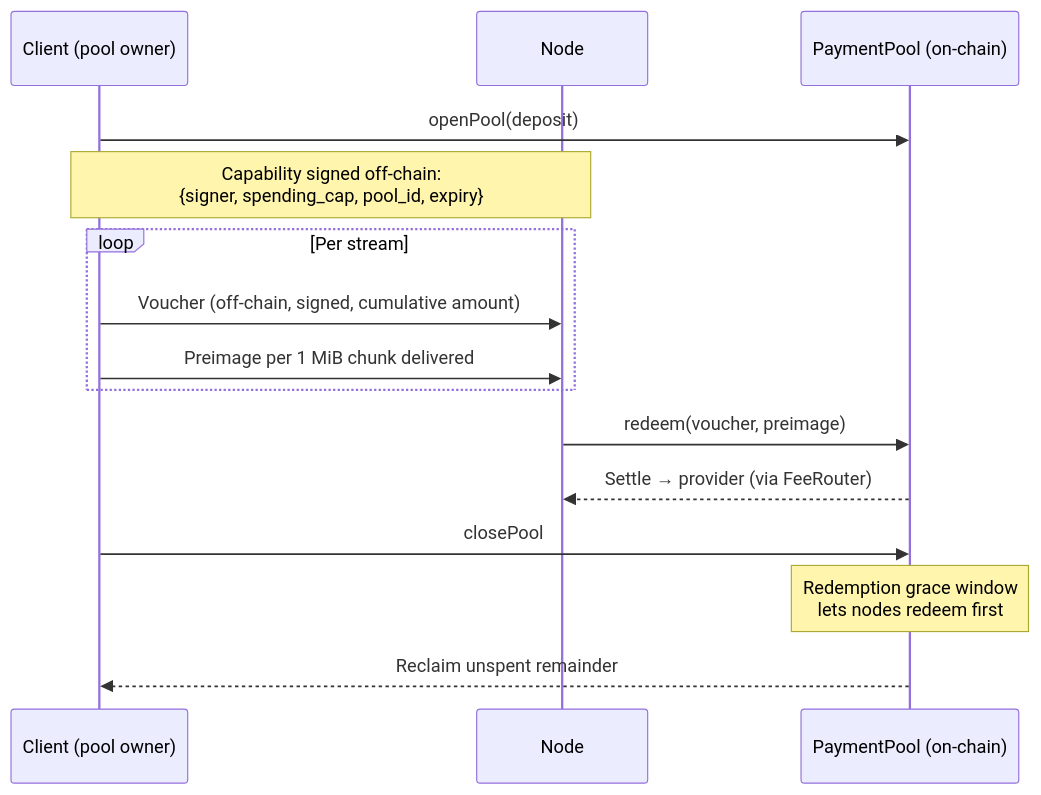
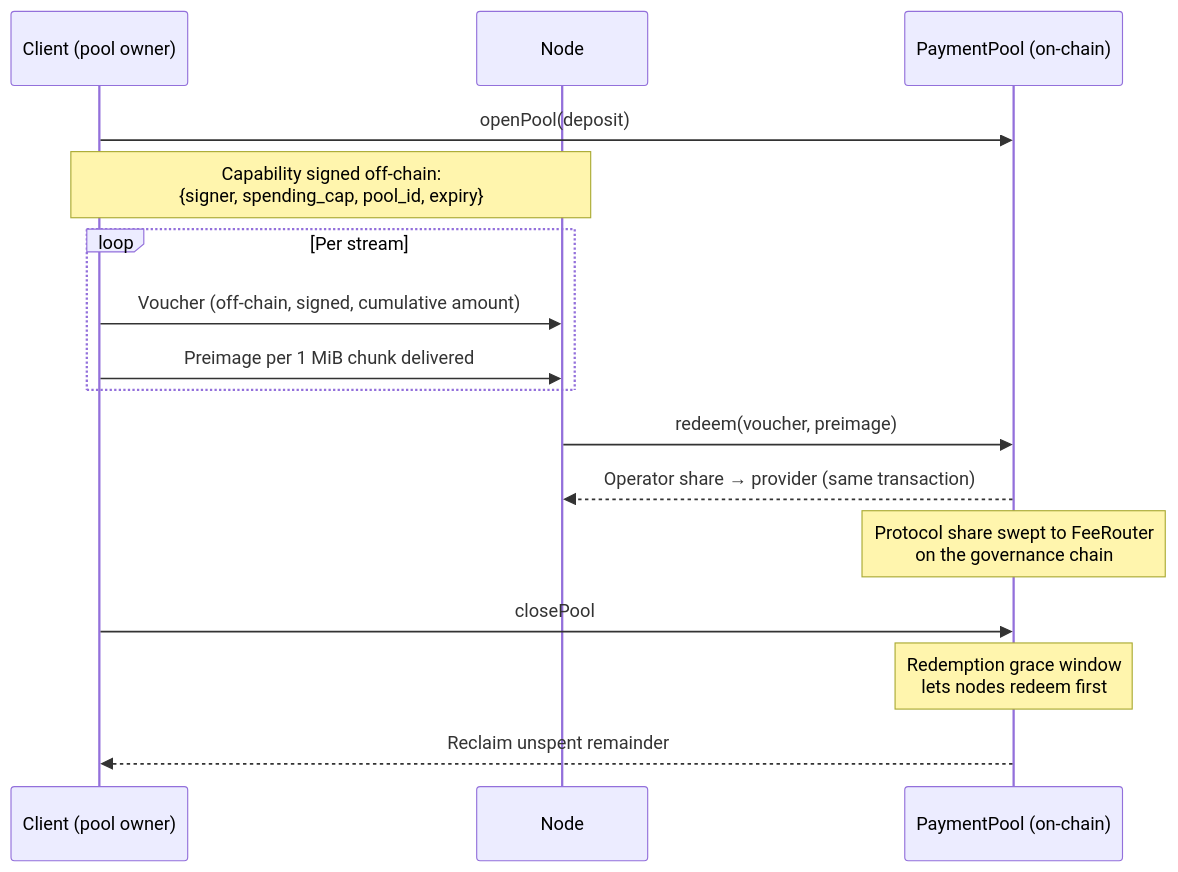
The diagram in docs/protocol/payments.mdx (decdn/website), drawn with Mermaid before and after one commit. The commit also changed other lines of this file and 26 other files, not shown here.

````diff
--- a/docs/protocol/payments.mdx
+++ b/docs/protocol/payments.mdx
@@ -14,18 +14,19 @@
 ```mermaid
 sequenceDiagram
     participant C as Client (pool owner)
     participant N as Node
     participant P as PaymentPool (on-chain)
 
     C->>P: openPool(deposit)
     Note over C,N: Capability signed off-chain:<br/>{signer, spending_cap, pool_id, expiry}
     loop Per stream
         C->>N: Voucher (off-chain, signed, cumulative amount)
         C->>N: Preimage per 1 MiB chunk delivered
     end
     N->>P: redeem(voucher, preimage)
-    P-->>N: Settle → provider (via FeeRouter)
+    P-->>N: Operator share → provider (same transaction)
+    Note over P: Protocol share swept to FeeRouter<br/>on the governance chain
     C->>P: closePool
     Note over P: Redemption grace window<br/>lets nodes redeem first
     P-->>C: Reclaim unspent remainder
 ```
````
